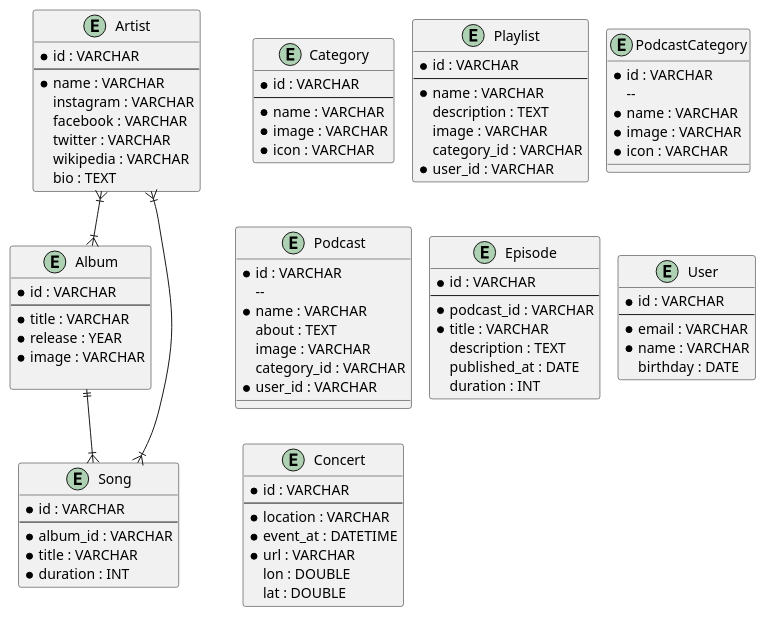
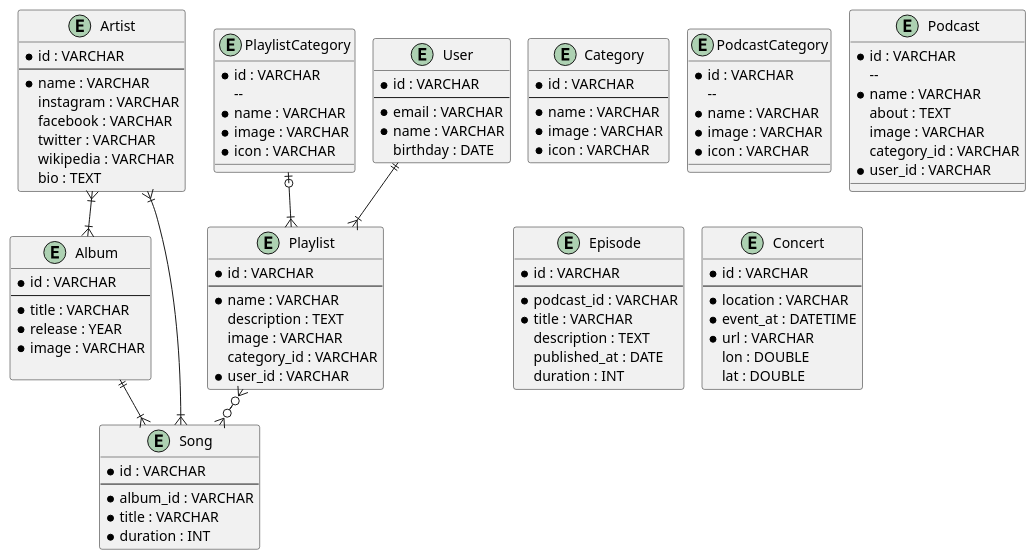
The diagram in spotify.puml (fkresna23/database-design-spotify), drawn with PlantUML before and after one commit.

Commit message:
Relasi Entity Playlist

```diff
--- a/spotify.puml
+++ b/spotify.puml
@@ -1,98 +1,113 @@
 @startuml
 !pragma layout smetana
 entity Artist {
     * id : VARCHAR
     --
     * name : VARCHAR
     instagram : VARCHAR
     facebook : VARCHAR
     twitter : VARCHAR
     wikipedia : VARCHAR
     bio : TEXT
 }
 
 entity Album {
     * id : VARCHAR
     --
     * title : VARCHAR
     * release : YEAR
     * image : VARCHAR
 
 }
 
 entity Song {
     * id : VARCHAR
     --
     * album_id : VARCHAR
     * title : VARCHAR
     * duration : INT
 }
 
 entity Category {
     * id : VARCHAR
     --
     * name : VARCHAR
     * image : VARCHAR
     * icon : VARCHAR
 }
 
 entity Playlist {
     * id : VARCHAR
     --
     * name : VARCHAR
     description : TEXT
     image : VARCHAR
     category_id : VARCHAR
     * user_id : VARCHAR
+}
+
+entity PlaylistCategory {
+     * id : VARCHAR
+        --
+     * name : VARCHAR
+     * image : VARCHAR
+     * icon : VARCHAR
 }
 
 entity PodcastCategory {
      * id : VARCHAR
         --
      * name : VARCHAR
      * image : VARCHAR
      * icon : VARCHAR
 }
 
 entity Podcast {
     * id : VARCHAR
         --
     * name : VARCHAR
     about : TEXT
     image : VARCHAR
     category_id : VARCHAR
     * user_id : VARCHAR
 }
 
 entity Episode {
     * id : VARCHAR
     --
     * podcast_id : VARCHAR
     * title : VARCHAR
     description : TEXT
     published_at : DATE
     duration : INT
 }
 
 entity User {
     * id : VARCHAR
     --
     * email : VARCHAR
     * name : VARCHAR
     birthday : DATE
 }
 
 entity Concert {
     * id : VARCHAR
     --
     * location : VARCHAR
     * event_at : DATETIME
     * url : VARCHAR
     lon : DOUBLE
     lat : DOUBLE
 }
 
 Artist }|--|{ Album
+
 Album ||--|{ Song
 Artist }|--|{ Song
+
+PlaylistCategory |o--|{ Playlist
+User ||--|{ Playlist
+Playlist }o--o{ Song
+
+
 @enduml
```
